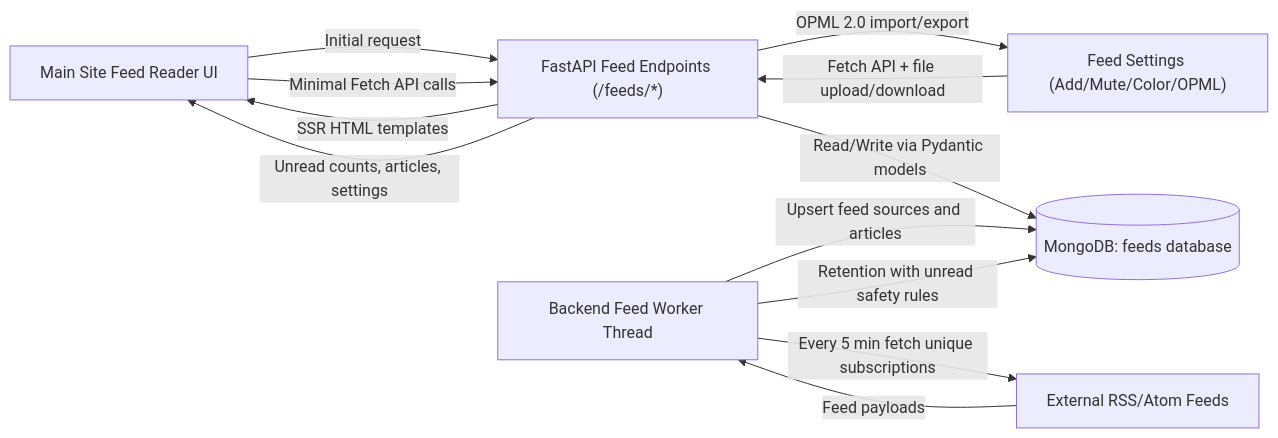
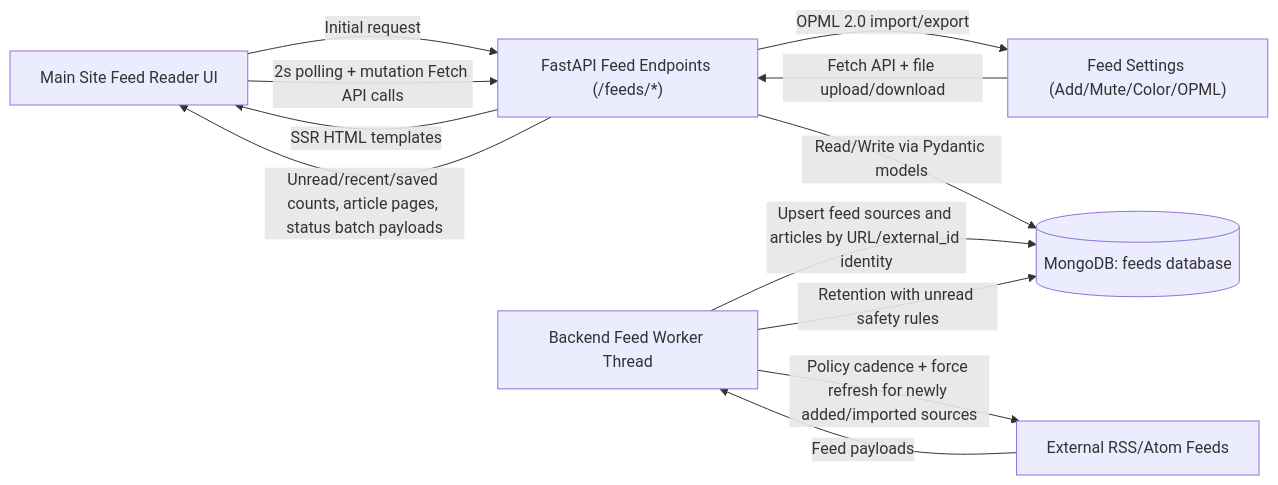
The first of 5 diagrams in website/feeds/README.md (schleising/website3), drawn with Mermaid before and after one commit. The commit also changed other lines of this file, not shown here.

Commit message:
feat: Update README.md with additional requirements and adjust feed refresh intervals

````diff
--- a/website/feeds/README.md
+++ b/website/feeds/README.md
@@ -122,14 +141,14 @@
 ```mermaid
 flowchart LR
 	 Browser["Main Site Feed Reader UI"] -->|Initial request| FastAPI["FastAPI Feed Endpoints (/feeds/*)"]
 	 FastAPI -->|SSR HTML templates| Browser
-	 Browser -->|Minimal Fetch API calls| FastAPI
+	 Browser -->|2s polling + mutation Fetch API calls| FastAPI
 	 Settings["Feed Settings (Add/Mute/Color/OPML)"] -->|Fetch API + file upload/download| FastAPI
 	 FastAPI -->|Read/Write via Pydantic models| FeedDB[("MongoDB: feeds database")]
-	 Worker["Backend Feed Worker Thread"] -->|Every 5 min fetch unique subscriptions| Sources["External RSS/Atom Feeds"]
+	 Worker["Backend Feed Worker Thread"] -->|Policy cadence + force refresh for newly added/imported sources| Sources["External RSS/Atom Feeds"]
 	 Sources -->|Feed payloads| Worker
-	 Worker -->|Upsert feed sources and articles| FeedDB
+	 Worker -->|Upsert feed sources and articles by URL/external_id identity| FeedDB
 	 Worker -->|Retention with unread safety rules| FeedDB
-	 FastAPI -->|Unread counts, articles, settings| Browser
+	 FastAPI -->|Unread/recent/saved counts, article pages, status batch payloads| Browser
 	 FastAPI -->|OPML 2.0 import/export| Settings
 ```
````
